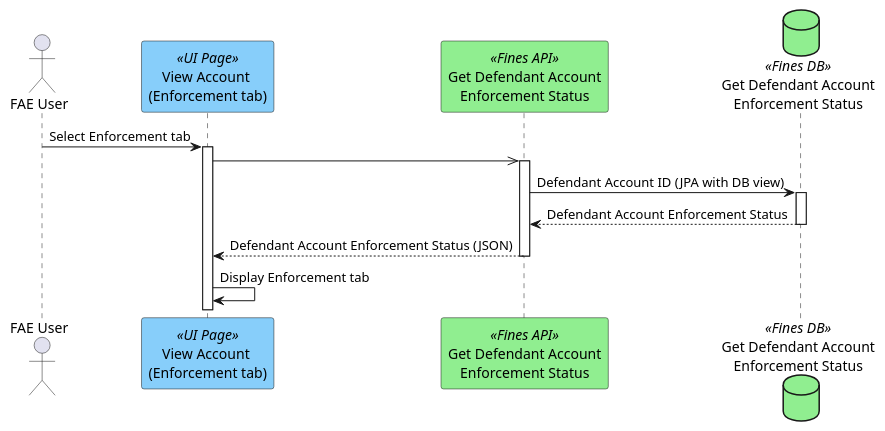
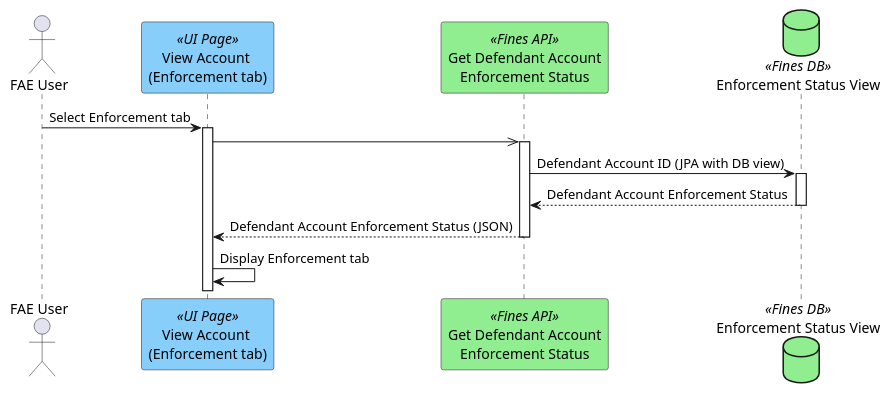
One commit to hmcts/opal-docs changed the diagram in plantUML/fae-enforcement/fae-enforcement-view.puml. Above: the diagram before and after it, drawn with PlantUML.

Commit message:
view enforcement

```diff
--- a/plantUML/fae-enforcement/fae-enforcement-view.puml
+++ b/plantUML/fae-enforcement/fae-enforcement-view.puml
@@ -1,12 +1,12 @@
 @startuml
 actor "FAE User" as user
 participant "View Account \n(Enforcement tab)" as page <<UI Page>> #lightskyblue
 participant "Get Defendant Account\nEnforcement Status" as enfapi <<Fines API>> #lightgreen
-database "Get Defendant Account\nEnforcement Status" as enfdb <<Fines DB>>  #lightgreen
+database "Enforcement Status View" as enfdb <<Fines DB>>  #lightgreen
 user -> page ++: Select Enforcement tab
 page ->> enfapi ++
 enfapi -> enfdb ++ : Defendant Account ID (JPA with DB view)
 enfapi <-- enfdb --: Defendant Account Enforcement Status
 page <-- enfapi -- : Defendant Account Enforcement Status (JSON)
 page -> page : Display Enforcement tab
 @enduml
```
